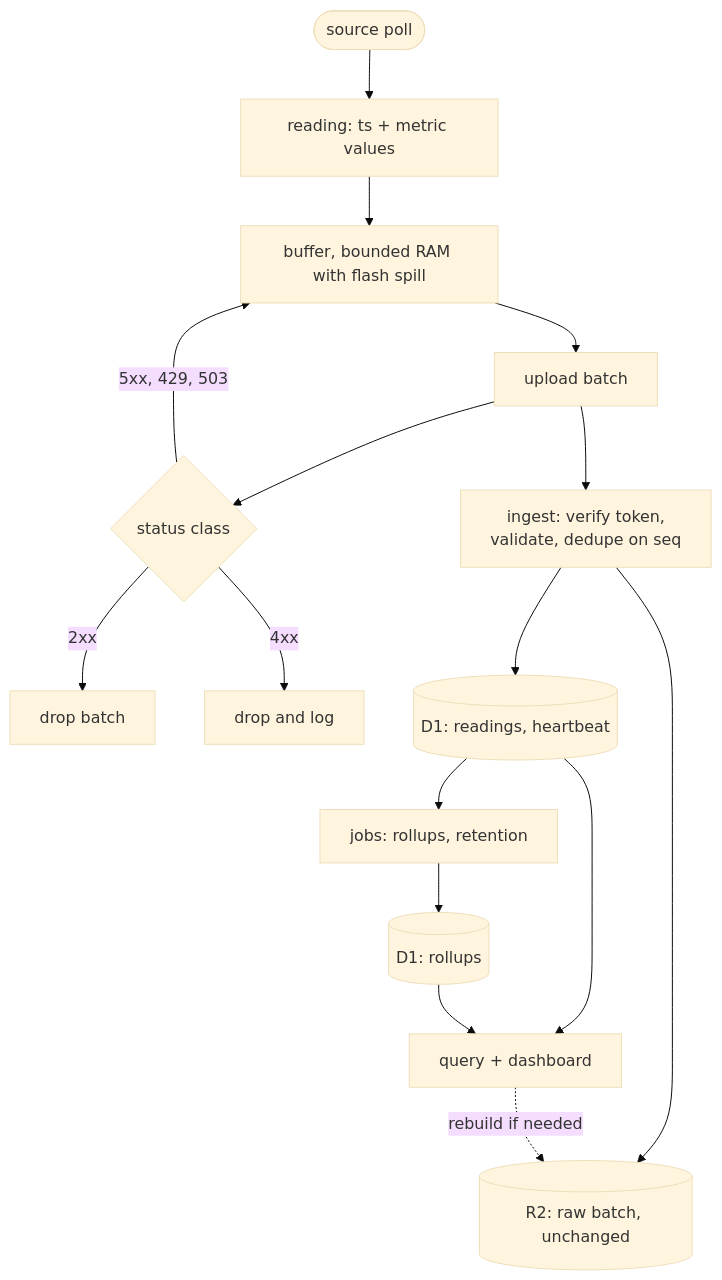
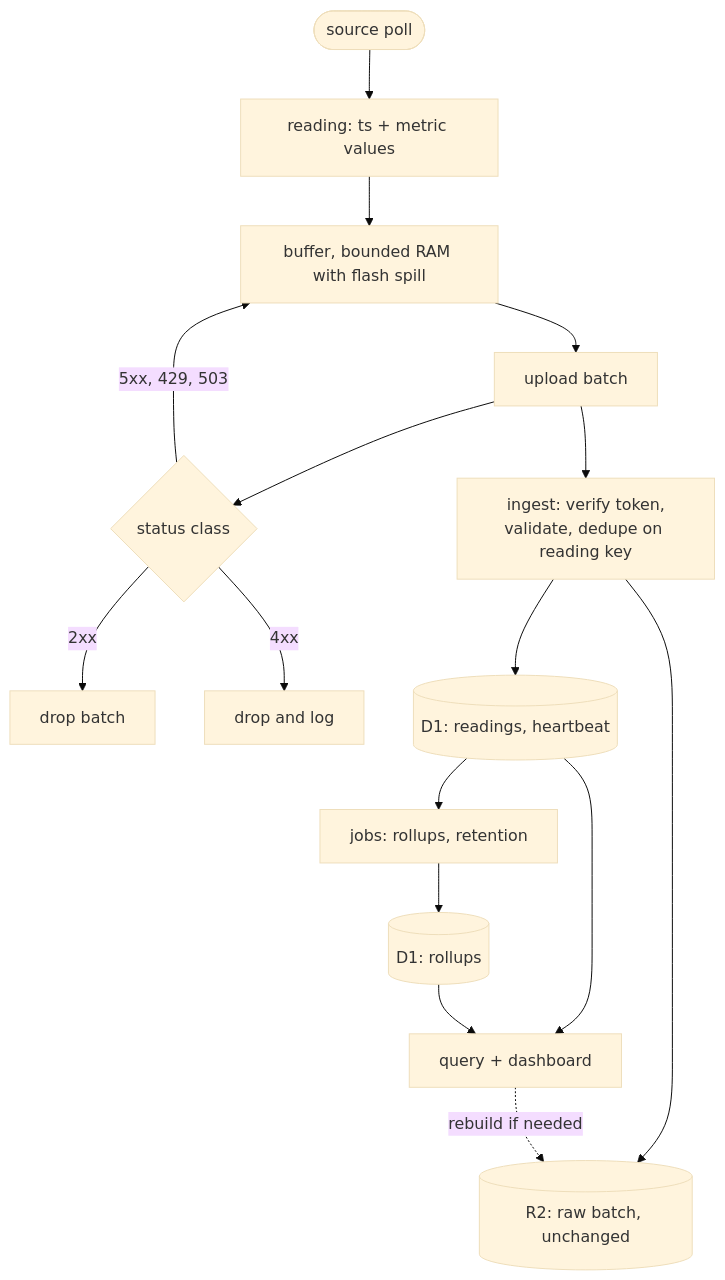
One commit to fabbrito/magellan-cloud changed the second of 2 diagrams in docs/DESIGN.md. Above: the diagram before and after it, drawn with Mermaid (base theme). The commit also changed other lines of this file and 3 other files, not shown here.

````diff
--- a/docs/DESIGN.md
+++ b/docs/DESIGN.md
@@ -216,18 +219,18 @@
 ```mermaid
 flowchart TD
     A([source poll]) --> B[reading: ts + metric values]
     B --> C[buffer, bounded RAM with flash spill]
     C --> D[upload batch]
     D --> E{status class}
     E -->|2xx| F[drop batch]
     E -->|4xx| G[drop and log]
     E -->|5xx, 429, 503| C
-    D --> H[ingest: verify token,<br/>validate, dedupe on seq]
+    D --> H[ingest: verify token,<br/>validate, dedupe on reading key]
     H --> I[(R2: raw batch, unchanged)]
     H --> J[(D1: readings, heartbeat)]
     J --> K[jobs: rollups, retention]
     K --> L[(D1: rollups)]
     J --> M[query + dashboard]
     L --> M
     M -.->|rebuild if needed| I
 ```
````
